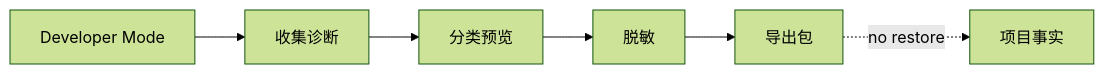
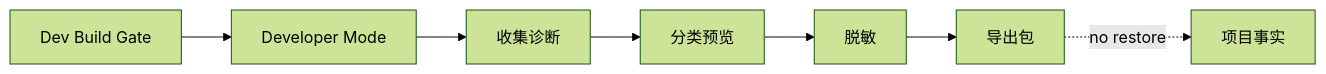
Before and after one commit to jinhuang712/open-novel: the diagram in spec/platform/R05-diagnostics-and-debug-mode.md, drawn with Mermaid (forest theme). The commit also changed other lines of this file and 79 other files, not shown here.

````diff
--- a/spec/platform/R05-diagnostics-and-debug-mode.md
+++ b/spec/platform/R05-diagnostics-and-debug-mode.md
@@ -28,8 +28,9 @@
 ```mermaid
 flowchart LR
-  Dev[Developer Mode] --> Collect[收集诊断]
+  Gate[Dev Build Gate] --> Dev[Developer Mode]
+  Dev --> Collect[收集诊断]
   Collect --> Preview[分类预览]
   Preview --> Redact[脱敏]
   Redact --> Export[导出包]
   Export -.no restore.-> Project[项目事实]
 ```
````
